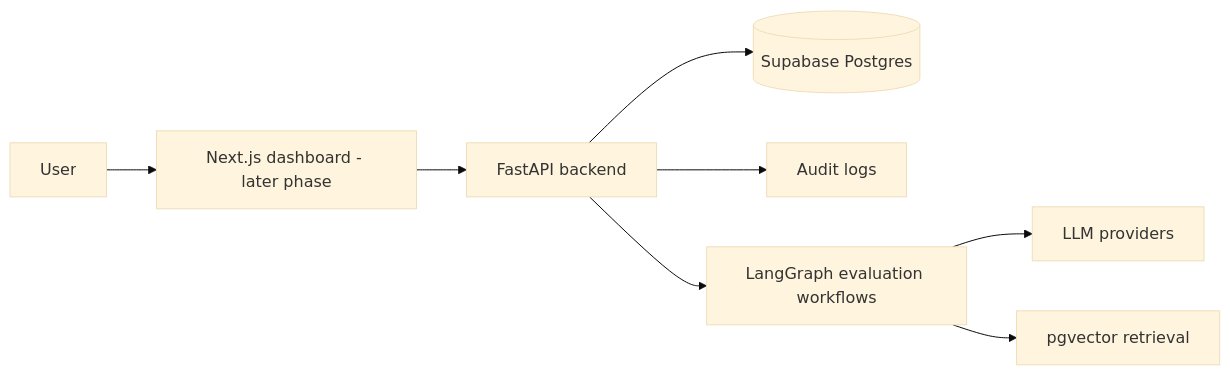
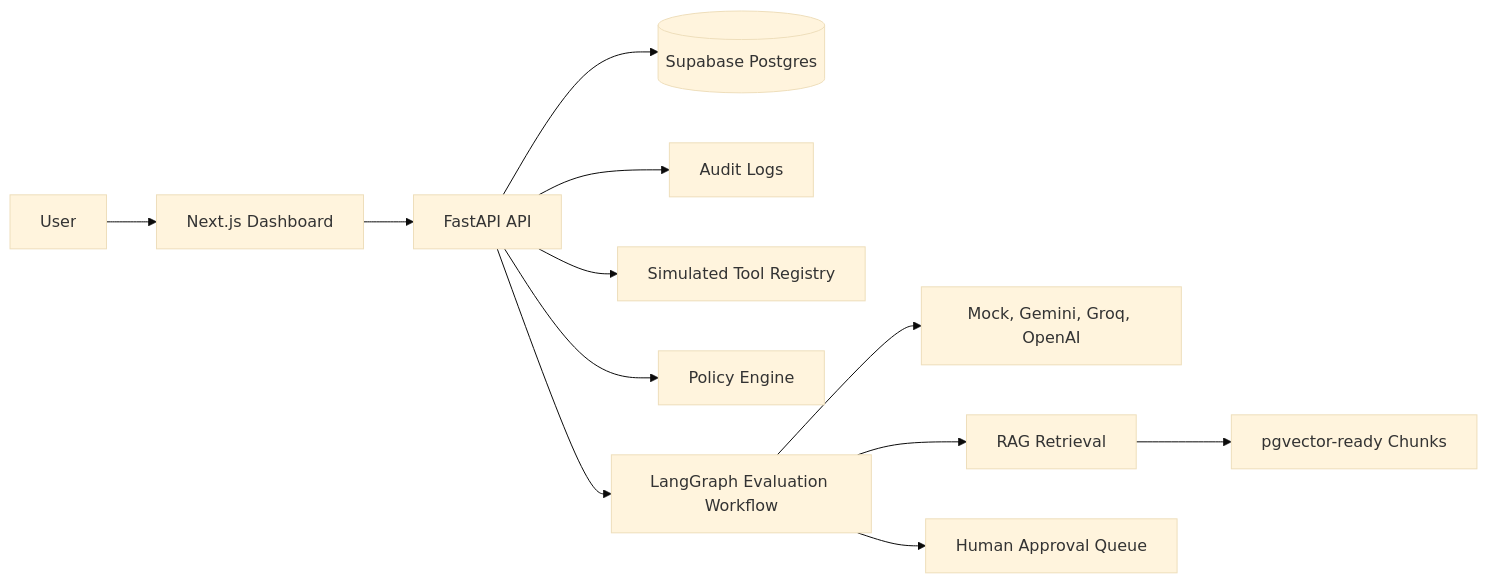
One commit to gauravpsingh07/agent-canary changed the diagram in README.md. Above: the diagram before and after it, drawn with Mermaid (base theme). The commit also changed other lines of this file, not shown here.

Commit message:
docs: update README for completed dashboard

````diff
--- a/README.md
+++ b/README.md
@@ -85,10 +46,14 @@
 ```mermaid
 flowchart LR
-    User[User] --> Frontend[Next.js dashboard - later phase]
-    Frontend --> API[FastAPI backend]
+    User[User] --> Frontend[Next.js Dashboard]
+    Frontend --> API[FastAPI API]
     API --> DB[(Supabase Postgres)]
-    API --> Audit[Audit logs]
-    API --> Eval[LangGraph evaluation workflows]
-    Eval --> LLM[LLM providers]
-    Eval --> Vector[pgvector retrieval]
+    API --> Audit[Audit Logs]
+    API --> Tools[Simulated Tool Registry]
+    API --> Policy[Policy Engine]
+    API --> Eval[LangGraph Evaluation Workflow]
+    Eval --> LLM[Mock, Gemini, Groq, OpenAI]
+    Eval --> RAG[RAG Retrieval]
+    RAG --> Vector[pgvector-ready Chunks]
+    Eval --> Review[Human Approval Queue]
 ```
````
